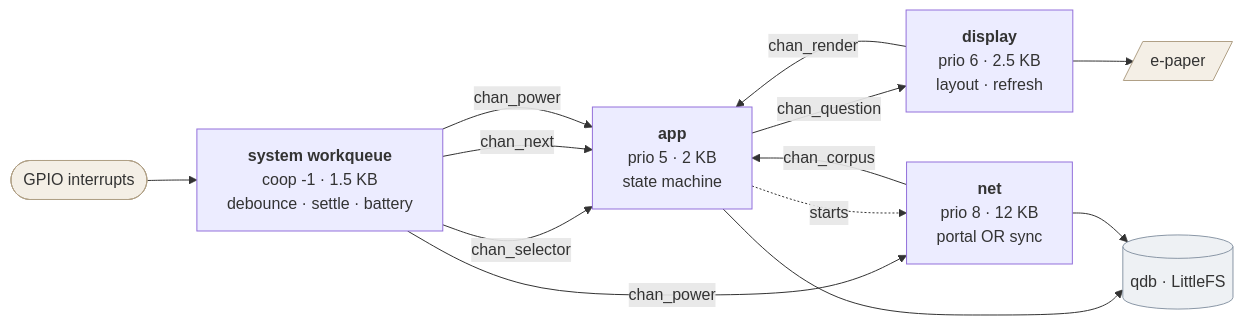
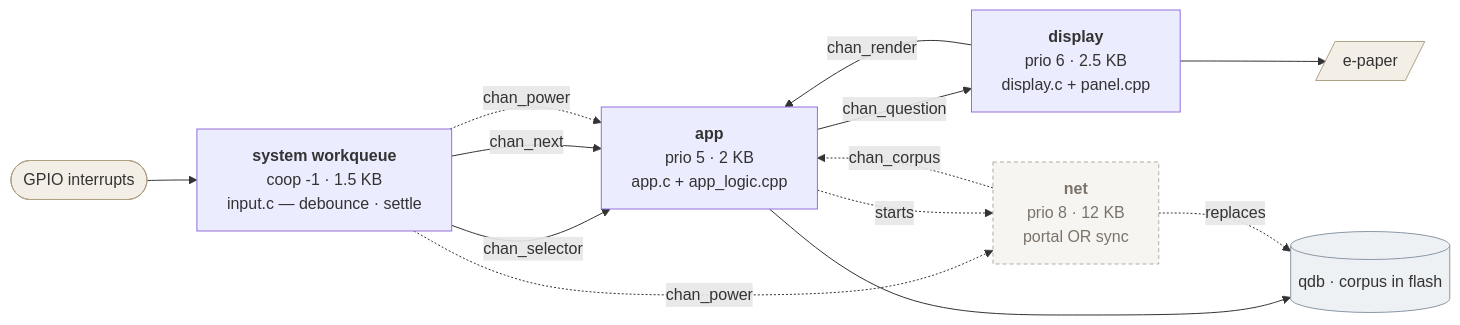
The first of 10 diagrams in docs/firmware_architecture.md (giacomomellone/cicala), drawn with Mermaid before and after one commit. The commit also changed other lines of this file and 10 other files, not shown here.

````diff
--- a/docs/firmware_architecture.md
+++ b/docs/firmware_architecture.md
@@ -29,36 +32,37 @@
 ```mermaid
 flowchart LR
     ISR([GPIO interrupts]):::hw --> WQ
 
     WQ["`**system workqueue**
     coop -1 · 1.5 KB
-    debounce · settle · battery`"]
+    input.c — debounce · settle`"]
 
     APP["`**app**
     prio 5 · 2 KB
-    state machine`"]
+    app.c + app_logic.cpp`"]
 
     DSP["`**display**
     prio 6 · 2.5 KB
-    layout · refresh`"]
+    display.c + panel.cpp`"]
 
     NET["`**net**
     prio 8 · 12 KB
-    portal OR sync`"]
+    portal OR sync`"]:::todo
 
     WQ -- chan_selector --> APP
     WQ -- chan_next --> APP
-    WQ -- chan_power --> APP
-    WQ -- chan_power --> NET
+    WQ -. chan_power .-> APP
+    WQ -. chan_power .-> NET
     APP -- chan_question --> DSP
     DSP -- chan_render --> APP
-    NET -- chan_corpus --> APP
+    NET -. chan_corpus .-> APP
     APP -. starts .-> NET
 
     DSP --> PANEL[/e-paper/]:::hw
-    APP --> QDB[(qdb · LittleFS)]:::store
-    NET --> QDB
+    APP --> QDB[(qdb · corpus in flash)]:::store
+    NET -. replaces .-> QDB
 
     classDef hw fill:#f4efe6,stroke:#b0a086
     classDef store fill:#eef1f4,stroke:#8a97a6
+    classDef todo fill:#f7f5f1,stroke:#b3aca0,stroke-dasharray:4 3,color:#7a736a
 ```
````
